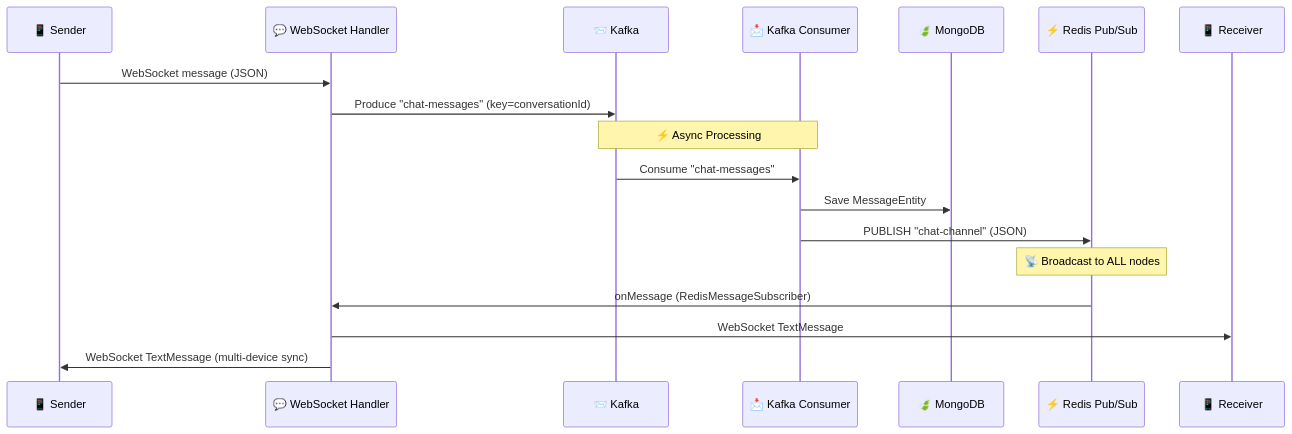
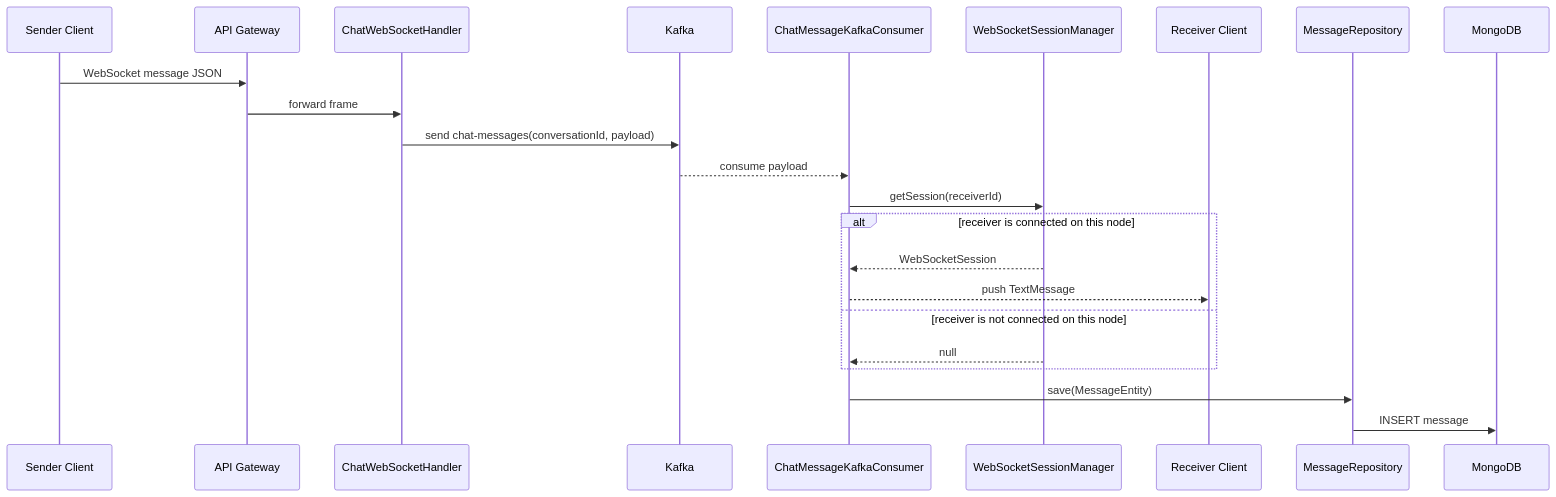
Diagram 11 of 13 in README.md (Hiep0718/IUH_CONNECT), drawn with Mermaid before and after one commit. The commit also changed other lines of this file and 20 other files, not shown here.

````diff
--- a/README.md
+++ b/README.md
@@ -114,23 +364,26 @@
 ```mermaid
 sequenceDiagram
-    participant Sender as 📱 Sender
-    participant WS as 💬 WebSocket Handler
-    participant Kafka as 📨 Kafka
-    participant Consumer as 📩 Kafka Consumer
-    participant MongoDB as 🍃 MongoDB
-    participant Redis as ⚡ Redis Pub/Sub
-    participant Receiver as 📱 Receiver
+    participant Sender as Sender Client
+    participant Gateway as API Gateway
+    participant WSHandler as ChatWebSocketHandler
+    participant Kafka as Kafka
+    participant Consumer as ChatMessageKafkaConsumer
+    participant SessionManager as WebSocketSessionManager
+    participant Receiver as Receiver Client
+    participant MessageRepo as MessageRepository
+    participant MongoDB as MongoDB
 
-    Sender->>WS: WebSocket message (JSON)
-    WS->>Kafka: Produce "chat-messages" (key=conversationId)
-
-    Note over Kafka,Consumer: ⚡ Async Processing
-    Kafka->>Consumer: Consume "chat-messages"
-    Consumer->>MongoDB: Save MessageEntity
-    Consumer->>Redis: PUBLISH "chat-channel" (JSON)
-
-    Note over Redis: 📡 Broadcast to ALL nodes
-    Redis->>WS: onMessage (RedisMessageSubscriber)
-    WS->>Receiver: WebSocket TextMessage
-    WS->>Sender: WebSocket TextMessage (multi-device sync)
+    Sender->>Gateway: WebSocket message JSON
+    Gateway->>WSHandler: forward frame
+    WSHandler->>Kafka: send chat-messages(conversationId, payload)
+    Kafka-->>Consumer: consume payload
+    Consumer->>SessionManager: getSession(receiverId)
+    alt receiver is connected on this node
+        SessionManager-->>Consumer: WebSocketSession
+        Consumer-->>Receiver: push TextMessage
+    else receiver is not connected on this node
+        SessionManager-->>Consumer: null
+    end
+    Consumer->>MessageRepo: save(MessageEntity)
+    MessageRepo->>MongoDB: INSERT message
 ```
````
